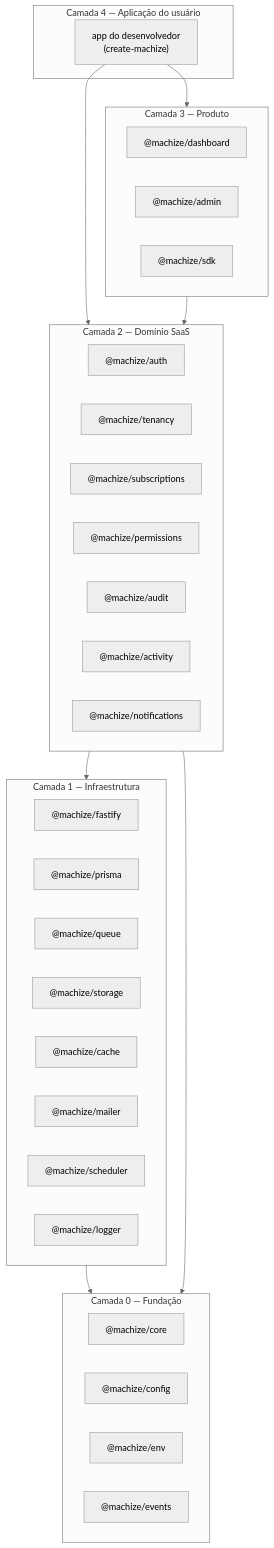
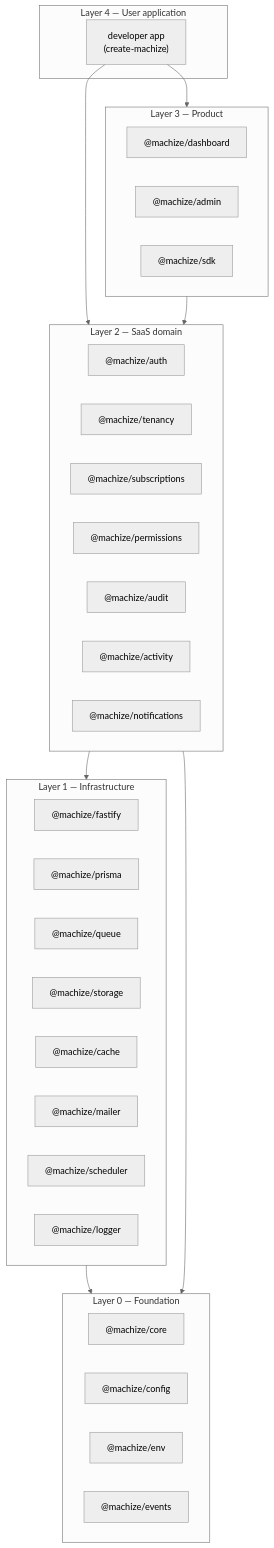
Before and after one commit to basaltkit/basalt: the first of 4 diagrams in ARCHITECTURE.md, drawn with Mermaid (neutral theme). The commit also changed other lines of this file, not shown here.

First line of the commit message:
docs: translate ARCHITECTURE.md to English and drop Laravel framing

````diff
--- a/ARCHITECTURE.md
+++ b/ARCHITECTURE.md
@@ -42,42 +42,42 @@
 ```mermaid
 graph TB
-    subgraph L4["Camada 4 — Aplicação do usuário"]
-        APP["app do desenvolvedor<br/>(create-machize)"]
+    subgraph L4["Layer 4 — User application"]
+        APP["developer app<br/>(create-machize)"]
     end
-    subgraph L3["Camada 3 — Produto"]
+    subgraph L3["Layer 3 — Product"]
         DASH["@machize/dashboard"]
         ADMIN["@machize/admin"]
         SDK["@machize/sdk"]
     end
-    subgraph L2["Camada 2 — Domínio SaaS"]
+    subgraph L2["Layer 2 — SaaS domain"]
         AUTH["@machize/auth"]
         TEN["@machize/tenancy"]
         SUBS["@machize/subscriptions"]
         PERM["@machize/permissions"]
         AUD["@machize/audit"]
         ACT["@machize/activity"]
         NOTIF["@machize/notifications"]
     end
-    subgraph L1["Camada 1 — Infraestrutura"]
+    subgraph L1["Layer 1 — Infrastructure"]
         FAST["@machize/fastify"]
         PRISMA["@machize/prisma"]
         QUEUE["@machize/queue"]
         STOR["@machize/storage"]
         CACHE["@machize/cache"]
         MAIL["@machize/mailer"]
         SCHED["@machize/scheduler"]
         LOG["@machize/logger"]
     end
-    subgraph L0["Camada 0 — Fundação"]
+    subgraph L0["Layer 0 — Foundation"]
         CORE["@machize/core"]
         CONFIG["@machize/config"]
         ENV["@machize/env"]
         EVENTS["@machize/events"]
     end
     APP --> L3
     APP --> L2
     L3 --> L2
     L2 --> L1
     L1 --> L0
     L2 --> L0
 ```
````
